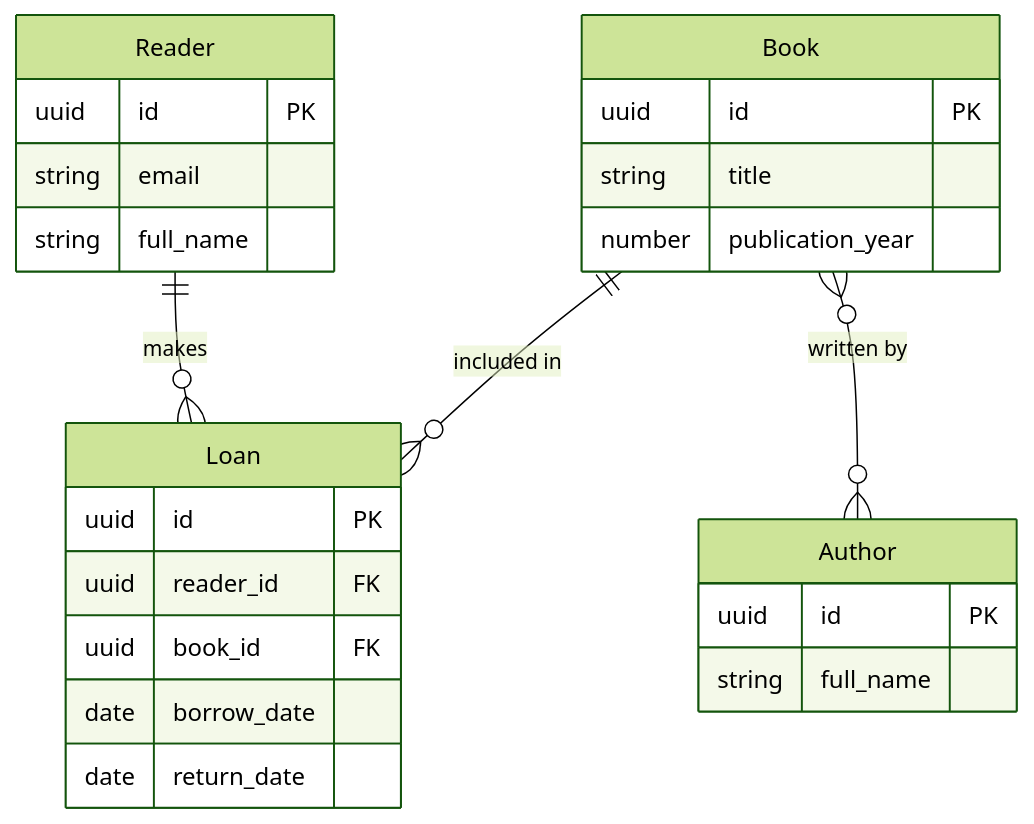
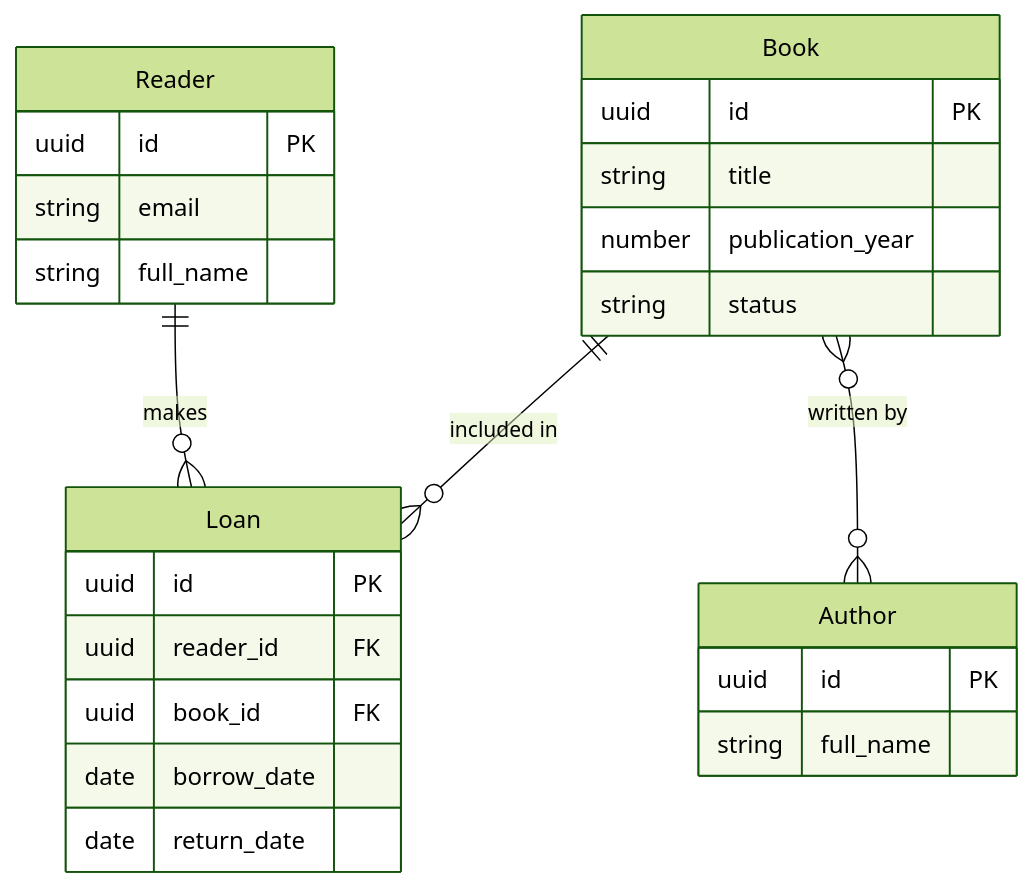
The diagram in diagram.mermaid (Fitil4ik/Library-system), drawn with Mermaid (forest theme) before and after one commit. The commit also changed 1 other file, not shown here.

Commit message:
added status field to Book entity

```diff
--- a/diagram.mermaid
+++ b/diagram.mermaid
@@ -1,26 +1,27 @@
 erDiagram
     Reader {
         uuid id PK
         string email
         string full_name
     }
     Author {
         uuid id PK
         string full_name
     }
     Book {
         uuid id PK
         string title
         number publication_year
+        string status
     }
     Loan {
         uuid id PK
         uuid reader_id FK
         uuid book_id FK
         date borrow_date
         date return_date
     }
 
     Reader ||--o{ Loan : "makes"
     Book ||--o{ Loan : "included in"
     Book }o--o{ Author : "written by"
```
